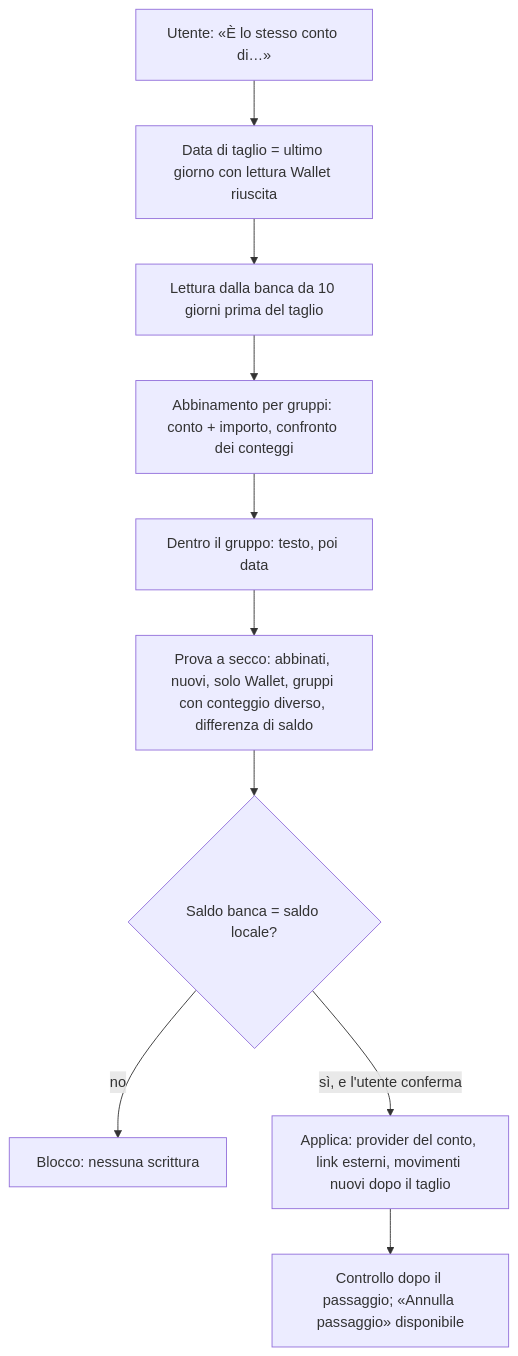
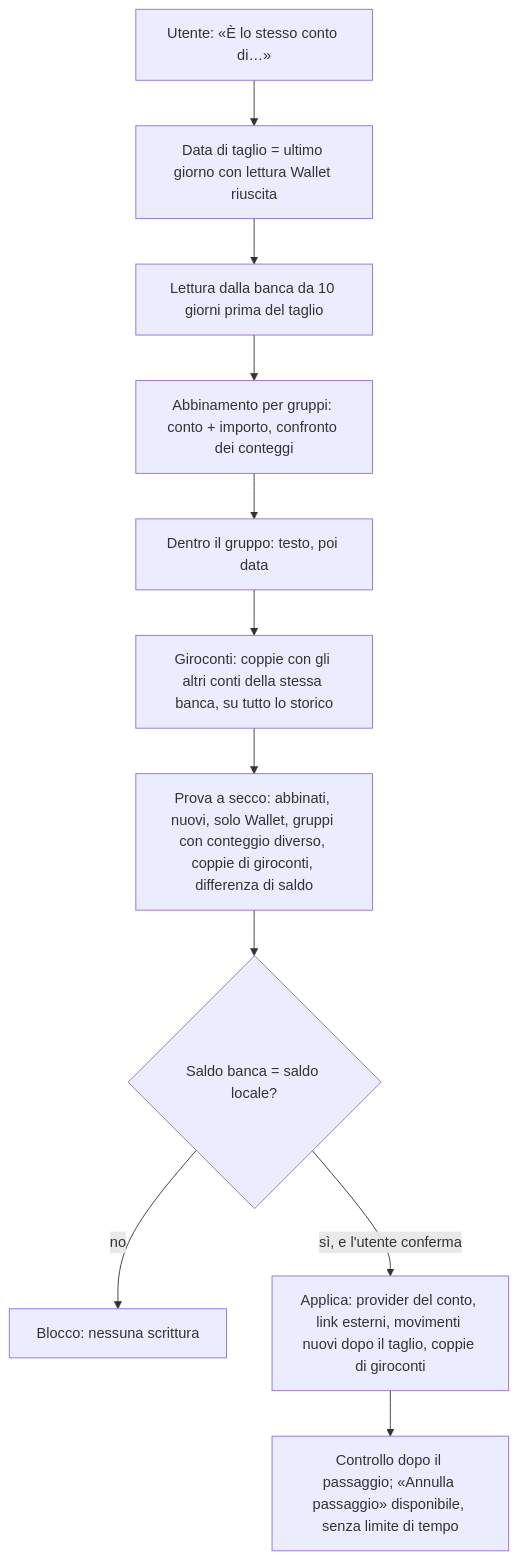
One commit to mattia-longobardo/Ledgerly changed the third of 3 diagrams in docs/design/rewrite-plan/04-now.md. Above: the diagram before and after it, drawn with Mermaid. The commit also changed other lines of this file and 7 other files, not shown here.

````diff
--- a/docs/design/rewrite-plan/04-now.md
+++ b/docs/design/rewrite-plan/04-now.md
@@ -178,12 +178,13 @@
 ```mermaid
 flowchart TB
   S[Utente: «È lo stesso conto di…»] --> W[Data di taglio = ultimo giorno con lettura Wallet riuscita]
   W --> R[Lettura dalla banca da 10 giorni prima del taglio]
   R --> G[Abbinamento per gruppi: conto + importo, confronto dei conteggi]
   G --> T[Dentro il gruppo: testo, poi data]
-  T --> D[Prova a secco: abbinati, nuovi, solo Wallet, gruppi con conteggio diverso, differenza di saldo]
+  T --> P[Giroconti: coppie con gli altri conti della stessa banca, su tutto lo storico]
+  P --> D[Prova a secco: abbinati, nuovi, solo Wallet, gruppi con conteggio diverso, coppie di giroconti, differenza di saldo]
   D --> Q{Saldo banca = saldo locale?}
   Q -->|no| X[Blocco: nessuna scrittura]
-  Q -->|sì, e l'utente conferma| A[Applica: provider del conto, link esterni, movimenti nuovi dopo il taglio]
-  A --> V[Controllo dopo il passaggio; «Annulla passaggio» disponibile]
+  Q -->|sì, e l'utente conferma| A[Applica: provider del conto, link esterni, movimenti nuovi dopo il taglio, coppie di giroconti]
+  A --> V[Controllo dopo il passaggio; «Annulla passaggio» disponibile, senza limite di tempo]
 ```
````
